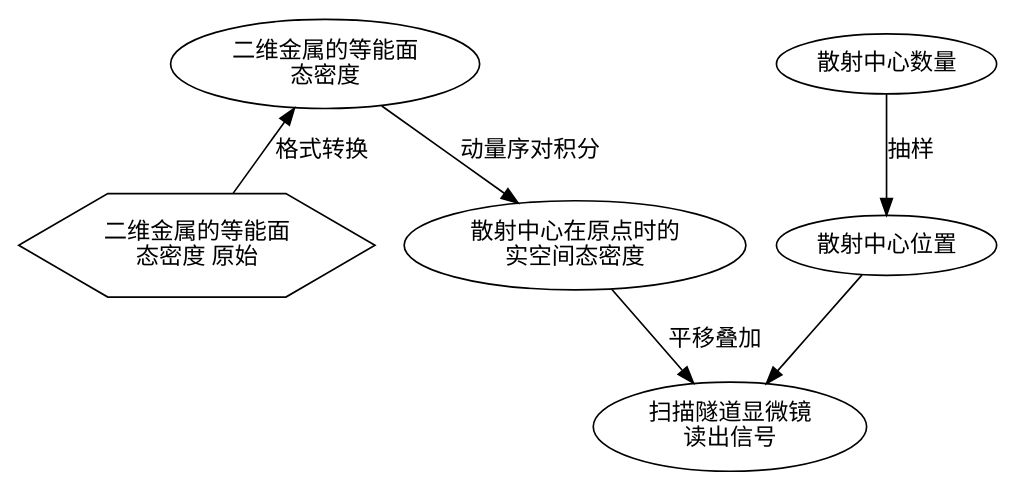
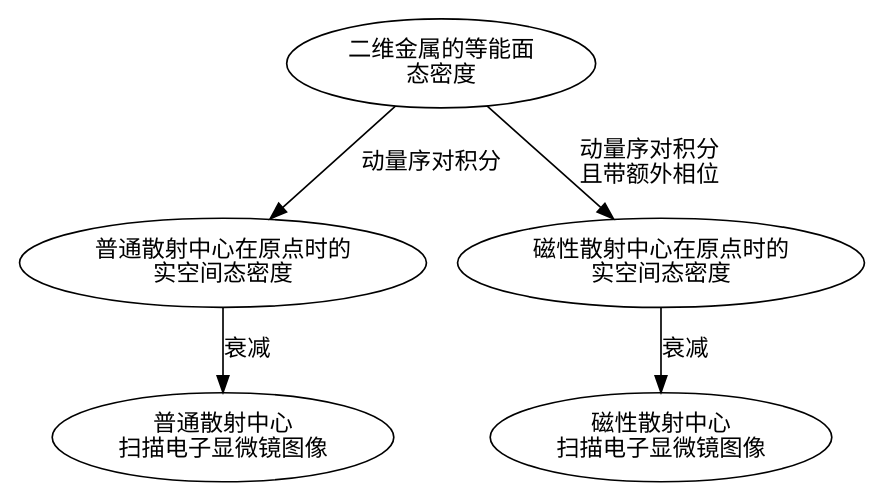
One commit to heroxbd/physics-data changed the third of 4 diagrams in pd.org. Above: the diagram before and after it, drawn with Graphviz. The commit also changed other lines of this file and 4 other files, not shown here.

Commit message:
修改大作业 pipeline，之前对物理图像的理解有误。

```diff
--- a/pd.org
+++ b/pd.org
@@ -979,18 +985,18 @@
    #+BEGIN_SRC dot :file ./isoenergy-pipeline.pdf :cmdline -Kdot -Tpdf
      digraph dataset {
      bgcolor="#ffffff00"
 
-     S [label = "二维金属的等能面\n态密度 原始", shape=hexagon]
      H [label = "二维金属的等能面\n态密度"]
-     H -> S [label = "格式转换", dir="back"]
-     R [label = "散射中心在原点时的\n实空间态密度"]
+     R [label = "普通散射中心在原点时的\n实空间态密度"]
      H -> R [label = "动量序对积分"]
 
-     N [label = "散射中心数量"]
-     I [label = "散射中心位置"]
-     N -> I [label = "抽样"]
-     T [label = "扫描隧道显微镜\n读出信号"]
-     R -> T [label = "平移叠加"]
-     I -> T         
+     RD [label = "普通散射中心\n扫描电子显微镜图像"]
+     R -> RD [label = "衰减"]
+
+     M [label = "磁性散射中心在原点时的\n实空间态密度"]
+     H -> M [label = "动量序对积分\n且带额外相位"]
+
+     M -> MD [label = "衰减"]
+     MD [label = "磁性散射中心\n扫描电子显微镜图像"]
      }
    #+END_SRC
```
